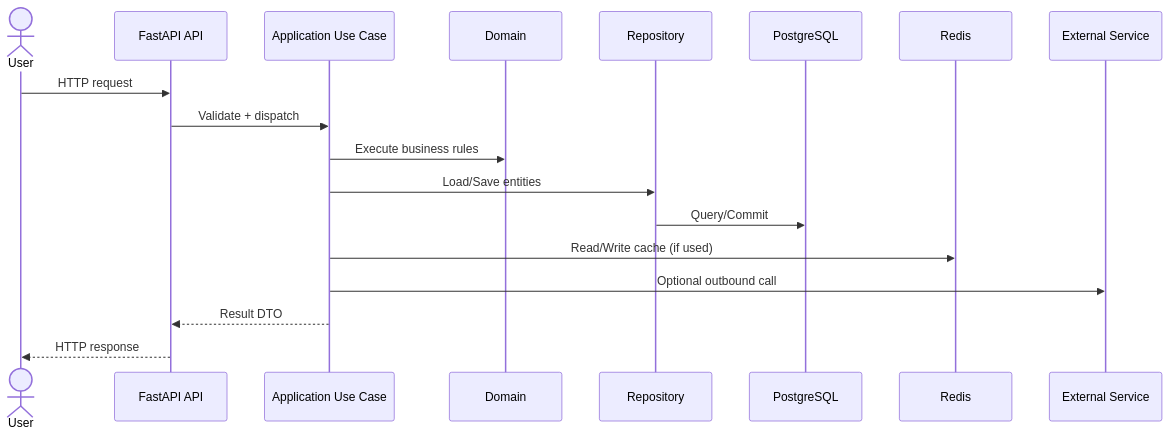
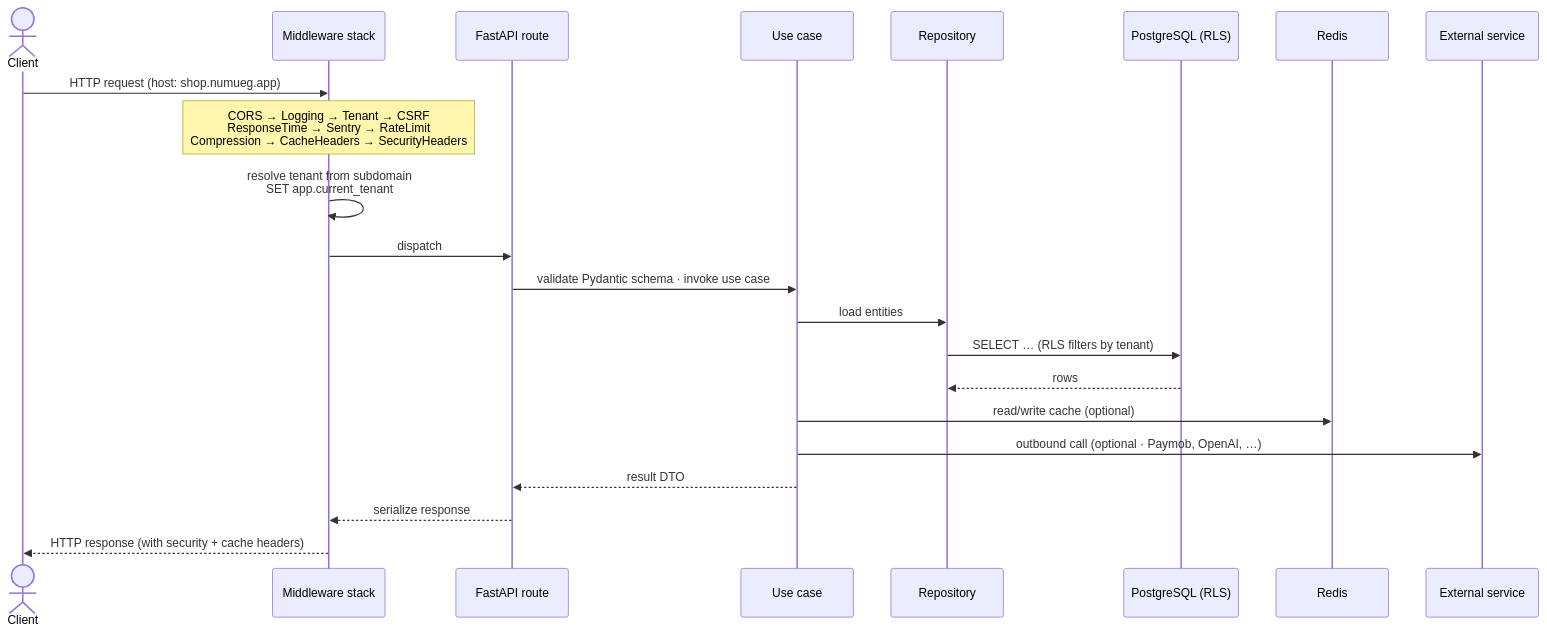
Before and after one commit to NUMU-IO/NUMU-api: the third of 5 diagrams in README.md, drawn with Mermaid. The commit also changed other lines of this file and 25 other files, not shown here.

````diff
--- a/README.md
+++ b/README.md
@@ -43,21 +117,25 @@
 ```mermaid
 sequenceDiagram
-  actor U as User
-  participant API as FastAPI API
-  participant UC as Application Use Case
-  participant D as Domain
-  participant R as Repository
-  participant DB as PostgreSQL
-  participant C as Redis
-  participant E as External Service
+    actor U as Client
+    participant MW as Middleware stack
+    participant R as FastAPI route
+    participant UC as Use case
+    participant Repo as Repository
+    participant DB as PostgreSQL (RLS)
+    participant C as Redis
+    participant E as External service
 
-  U->>API: HTTP request
-  API->>UC: Validate + dispatch
-  UC->>D: Execute business rules
-  UC->>R: Load/Save entities
-  R->>DB: Query/Commit
-  UC->>C: Read/Write cache (if used)
-  UC->>E: Optional outbound call
-  UC-->>API: Result DTO
-  API-->>U: HTTP response
+    U->>MW: HTTP request (host: shop.numueg.app)
+    Note over MW: CORS → Logging → Tenant → CSRF<br/>ResponseTime → Sentry → RateLimit<br/>Compression → CacheHeaders → SecurityHeaders
+    MW->>MW: resolve tenant from subdomain<br/>SET app.current_tenant
+    MW->>R: dispatch
+    R->>UC: validate Pydantic schema · invoke use case
+    UC->>Repo: load entities
+    Repo->>DB: SELECT … (RLS filters by tenant)
+    DB-->>Repo: rows
+    UC->>C: read/write cache (optional)
+    UC->>E: outbound call (optional · Paymob, OpenAI, …)
+    UC-->>R: result DTO
+    R-->>MW: serialize response
+    MW-->>U: HTTP response (with security + cache headers)
 ```
````
